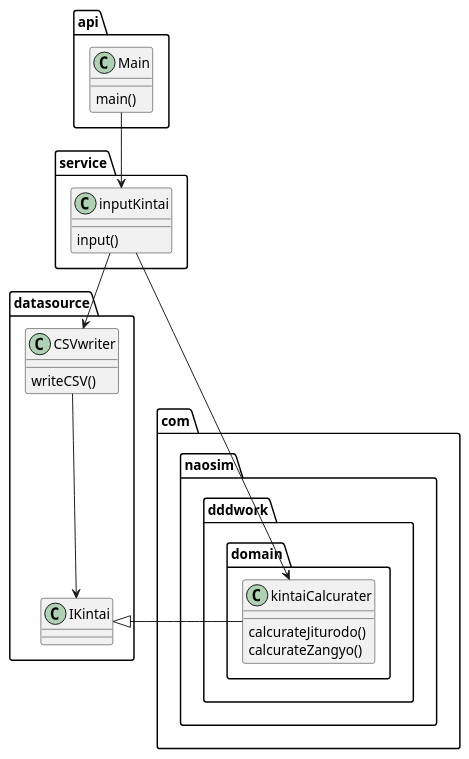
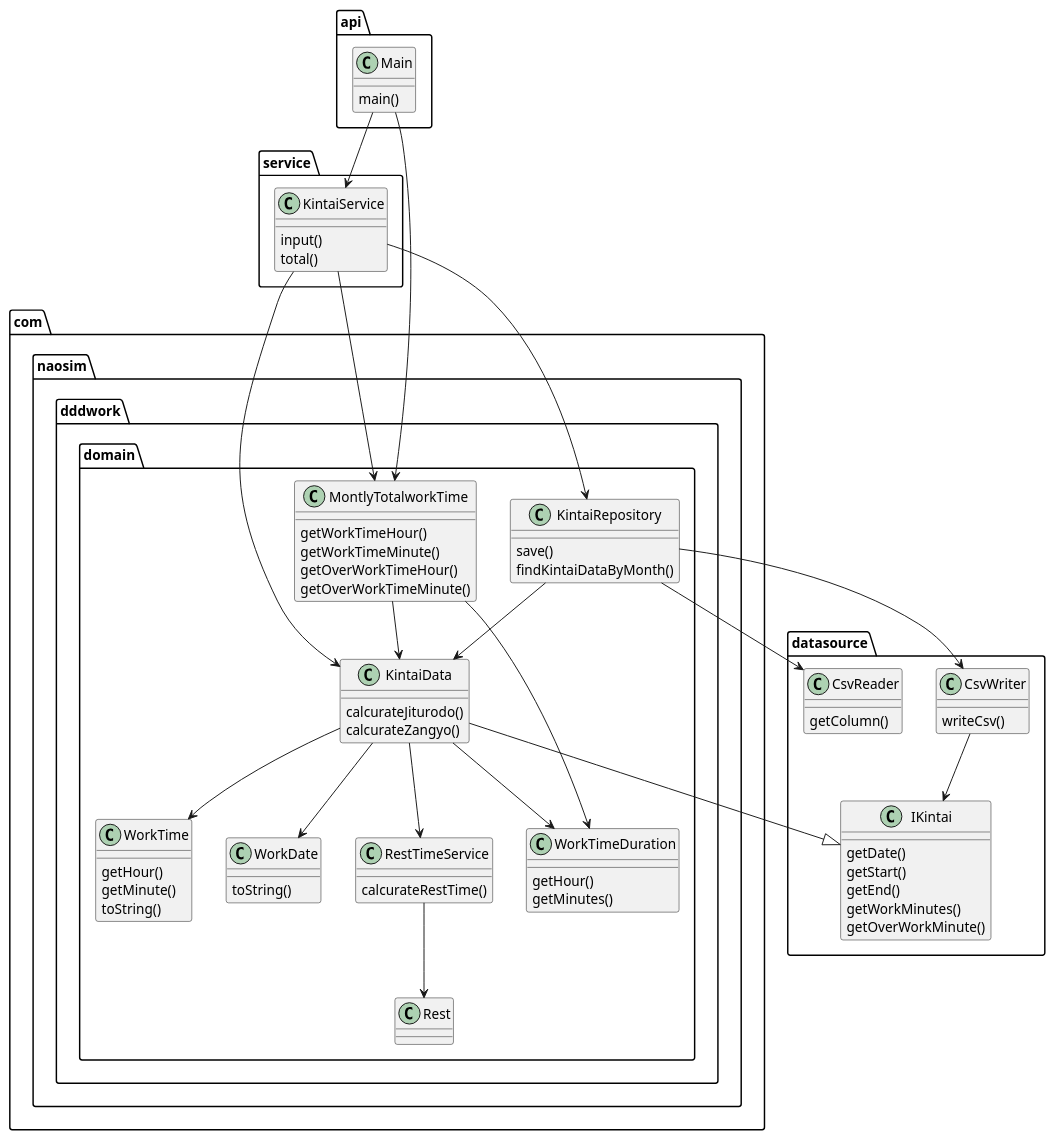
One commit to biglobe-isp/kintai changed the diagram in doc/classs-diagram.pu. Above: the diagram before and after it, drawn with PlantUML. The commit also changed 11 other files, not shown here.

```diff
--- a/doc/classs-diagram.pu
+++ b/doc/classs-diagram.pu
@@ -1,35 +1,86 @@
 @startuml
 package "api" {
     class Main{
         main()
     }
 }
 
 package "service" {
-    class inputKintai{
+    class KintaiService{
         input()
+        total()
     }
 }
 
 package "datasource"{
     class IKintai{
+        getDate()
+        getStart()
+        getEnd()
+        getWorkMinutes()
+        getOverWorkMinute()
 
     }
-class CSVwriter{
-    writeCSV()
+class CsvWriter{
+    writeCsv()
+}
+class CsvReader{
+    getColumn()
 }
 } 
 package "com.naosim.dddwork.domain"{
-class kintaiCalcurater{
+class KintaiData{
     calcurateJiturodo()
     calcurateZangyo()
+}
+class KintaiRepository{
+    save()
+    findKintaiDataByMonth()
+}
+class MontlyTotalworkTime{
+    getWorkTimeHour()
+    getWorkTimeMinute()
+    getOverWorkTimeHour()
+    getOverWorkTimeMinute()
+
+}
+class WorkTime{
+    getHour()
+    getMinute()
+    toString()
+}
+class WorkTimeDuration{
+    getHour()
+    getMinutes()
+}
+class WorkDate{
+    toString()
+}
+class Rest
+class RestTimeService{
+    calcurateRestTime()
 }
 } 
 
 
-Main-->inputKintai
-inputKintai-->kintaiCalcurater
-inputKintai-->CSVwriter
-kintaiCalcurater-|>IKintai
-CSVwriter-->IKintai
+Main-->KintaiService
+Main-->MontlyTotalworkTime
+KintaiService-->KintaiData
+KintaiService-->KintaiRepository
+KintaiService-->MontlyTotalworkTime
+KintaiData-->WorkTime
+KintaiData-->WorkDate
+KintaiData-->WorkTimeDuration
+KintaiData--|>IKintai
+KintaiData-->RestTimeService
+RestTimeService-->Rest
+
+KintaiRepository-->CsvReader
+KintaiRepository-->CsvWriter
+KintaiRepository-->KintaiData
+MontlyTotalworkTime-->WorkTimeDuration
+MontlyTotalworkTime-->KintaiData
+
+
+CsvWriter-->IKintai
 @enduml
```
